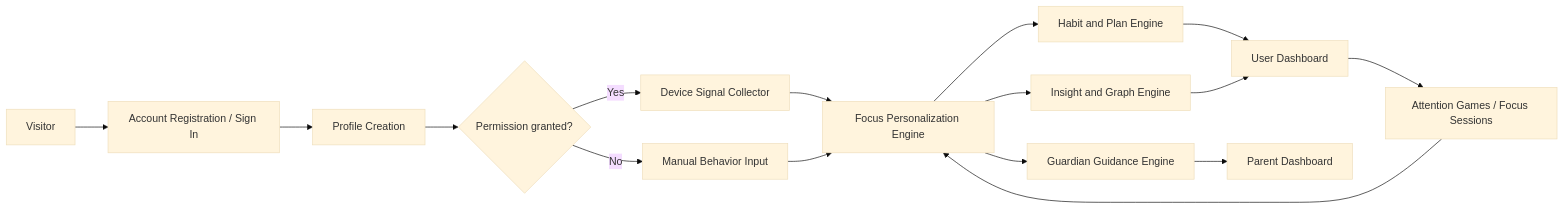
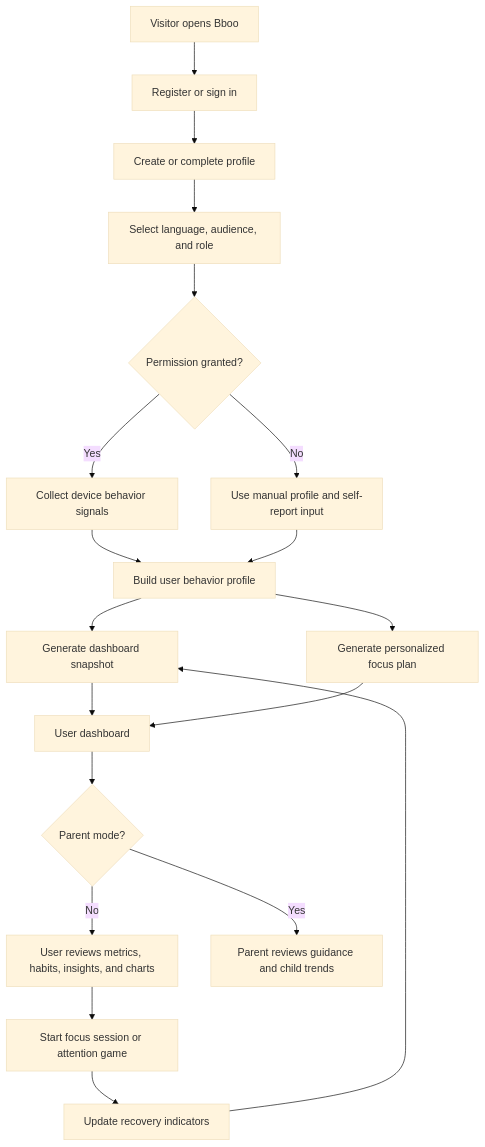
The first of 8 diagrams in ARCHITECTURE_DIAGRAM.md (BasantSaad/brain-rot-X-BRAIN-BOOST), drawn with Mermaid (base theme) before and after one commit. The commit also changed other lines of this file, not shown here.

Commit message:
update diagrams

````diff
--- a/ARCHITECTURE_DIAGRAM.md
+++ b/ARCHITECTURE_DIAGRAM.md
@@ -5,18 +12,27 @@
 ```mermaid
-flowchart LR
-    V["Visitor"] --> A["Account Registration / Sign In"]
-    A --> P["Profile Creation"]
-    P --> C{"Permission granted?"}
-    C -->|Yes| D["Device Signal Collector"]
-    C -->|No| M["Manual Behavior Input"]
-    D --> E["Focus Personalization Engine"]
-    M --> E
-    E --> H["Habit and Plan Engine"]
-    E --> I["Insight and Graph Engine"]
-    H --> U["User Dashboard"]
-    I --> U
-    U --> G["Attention Games / Focus Sessions"]
-    G --> E
-    E --> R["Guardian Guidance Engine"]
-    R --> PD["Parent Dashboard"]
+flowchart TD
+    A["Visitor opens Bboo"] --> B["Register or sign in"]
+    B --> C["Create or complete profile"]
+    C --> D["Select language, audience, and role"]
+    D --> E{"Permission granted?"}
+
+    E -->|Yes| F["Collect device behavior signals"]
+    E -->|No| G["Use manual profile and self-report input"]
+
+    F --> H["Build user behavior profile"]
+    G --> H
+
+    H --> I["Generate dashboard snapshot"]
+    H --> J["Generate personalized focus plan"]
+
+    I --> K["User dashboard"]
+    J --> K
+
+    K --> L{"Parent mode?"}
+    L -->|No| M["User reviews metrics, habits, insights, and charts"]
+    L -->|Yes| N["Parent reviews guidance and child trends"]
+
+    M --> O["Start focus session or attention game"]
+    O --> P["Update recovery indicators"]
+    P --> I
 ```
````
